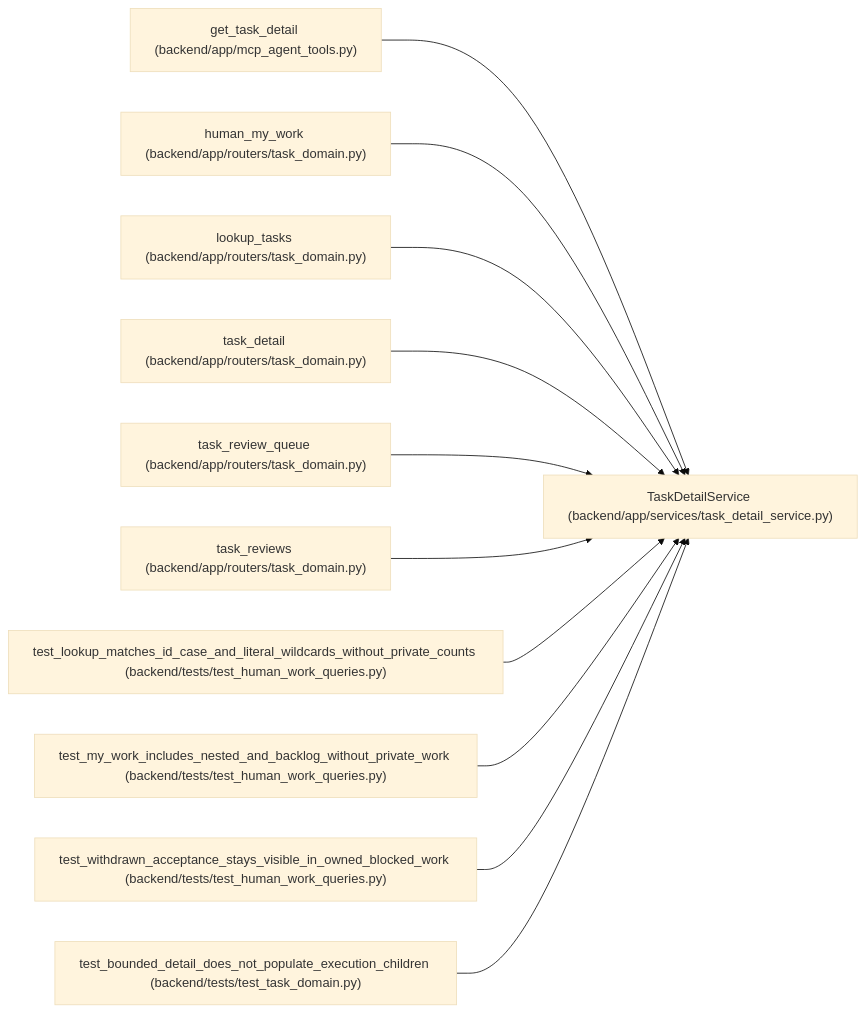
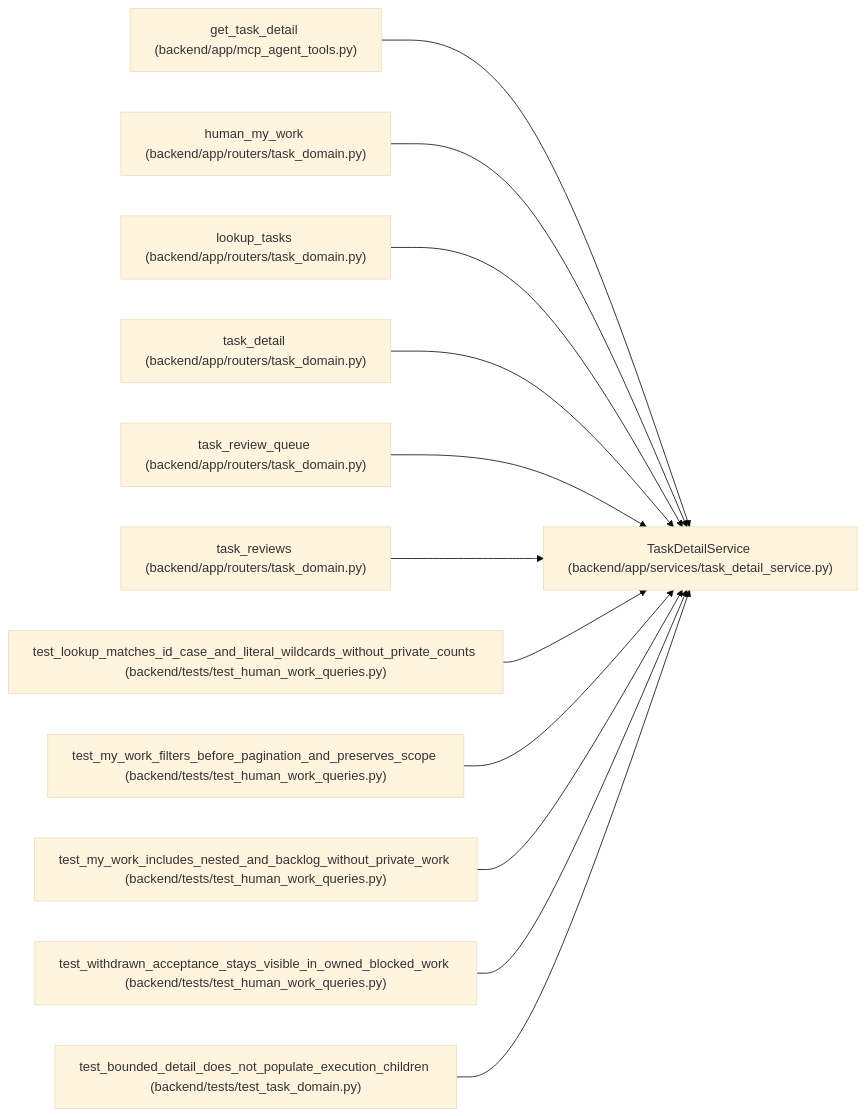
Before and after one commit to Denissvgn/WorkChord: the diagram in docs/llm_wiki/entities/TaskDetailService.md, drawn with Mermaid (base theme). The commit also changed other lines of this file and 371 other files, not shown here.

````diff
--- a/docs/llm_wiki/entities/TaskDetailService.md
+++ b/docs/llm_wiki/entities/TaskDetailService.md
@@ -30,35 +30,38 @@
 ```mermaid
 flowchart LR
     n0["TaskDetailService (backend/app/services/task_detail_service.py)"]
     n1["get_task_detail (backend/app/mcp_agent_tools.py)"]
     n2["human_my_work (backend/app/routers/task_domain.py)"]
     n3["lookup_tasks (backend/app/routers/task_domain.py)"]
     n4["task_detail (backend/app/routers/task_domain.py)"]
     n5["task_review_queue (backend/app/routers/task_domain.py)"]
     n6["task_reviews (backend/app/routers/task_domain.py)"]
     n7["test_lookup_matches_id_case_and_literal_wildcards_without_private_counts (backend/tests/test_human_work_queries.py)"]
-    n8["test_my_work_includes_nested_and_backlog_without_private_work (backend/tests/test_human_work_queries.py)"]
-    n9["test_withdrawn_acceptance_stays_visible_in_owned_blocked_work (backend/tests/test_human_work_queries.py)"]
-    n10["test_bounded_detail_does_not_populate_execution_children (backend/tests/test_task_domain.py)"]
+    n8["test_my_work_filters_before_pagination_and_preserves_scope (backend/tests/test_human_work_queries.py)"]
+    n9["test_my_work_includes_nested_and_backlog_without_private_work (backend/tests/test_human_work_queries.py)"]
+    n10["test_withdrawn_acceptance_stays_visible_in_owned_blocked_work (backend/tests/test_human_work_queries.py)"]
+    n11["test_bounded_detail_does_not_populate_execution_children (backend/tests/test_task_domain.py)"]
     n1 --> n0
     n2 --> n0
     n3 --> n0
     n4 --> n0
     n5 --> n0
     n6 --> n0
     n7 --> n0
     n8 --> n0
     n9 --> n0
     n10 --> n0
+    n11 --> n0
     click n0 "../modules/task_detail_service.md"
     click n1 "../modules/mcp_agent_tools.md"
     click n2 "../modules/routers_task_domain.md"
     click n3 "../modules/routers_task_domain.md"
     click n4 "../modules/routers_task_domain.md"
     click n5 "../modules/routers_task_domain.md"
     click n6 "../modules/routers_task_domain.md"
     click n7 "../modules/test_human_work_queries.md"
     click n8 "../modules/test_human_work_queries.md"
     click n9 "../modules/test_human_work_queries.md"
-    click n10 "../modules/test_task_domain.md"
+    click n10 "../modules/test_human_work_queries.md"
+    click n11 "../modules/test_task_domain.md"
 ```
````
